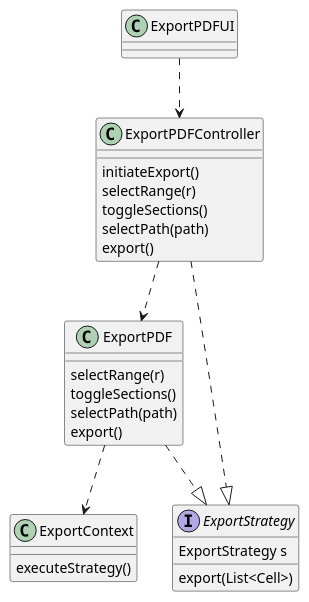
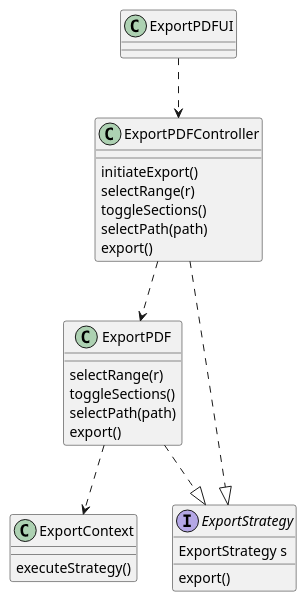
One commit to MikeTekOn/lapr4-2017-2dd changed the diagram in src/main/java/lapr4/red/s1/core/n1150451/exportPDF/core08_01_design_cd.puml. Above: the diagram before and after it, drawn with PlantUML. The commit also changed 1 other file, not shown here.

Commit message:
LAPR4E17DD-143 #time 25min #comment Added ExportContext to Export package

```diff
--- a/src/main/java/lapr4/red/s1/core/n1150451/exportPDF/core08_01_design_cd.puml
+++ b/src/main/java/lapr4/red/s1/core/n1150451/exportPDF/core08_01_design_cd.puml
@@ -1,29 +1,29 @@
 @startuml
 class ExportPDFUI{
 }
 class ExportPDFController{
     initiateExport()
     selectRange(r)
     toggleSections()
     selectPath(path)
     export()
 }
 class ExportPDF{
     selectRange(r)
     toggleSections()
     selectPath(path)
     export()
 }
 class ExportContext{
     executeStrategy()
 }
 interface ExportStrategy{
     ExportStrategy s
-    export(List<Cell>)
+    export()
 }
 ExportPDFUI ..> ExportPDFController
 ExportPDFController ..> ExportPDF
 ExportPDF ..> ExportContext
 ExportPDF ..|> ExportStrategy
 ExportPDFController ..|> ExportStrategy
 @enduml
```
